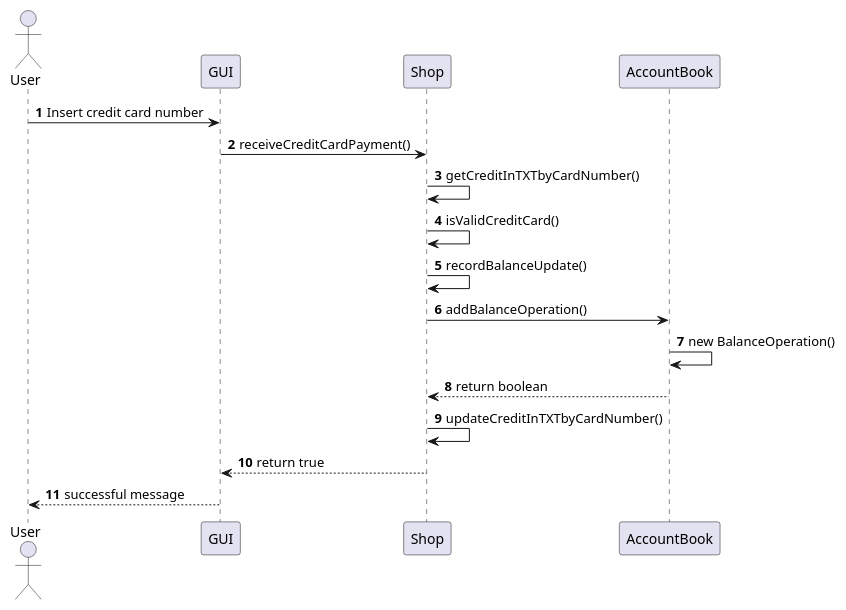
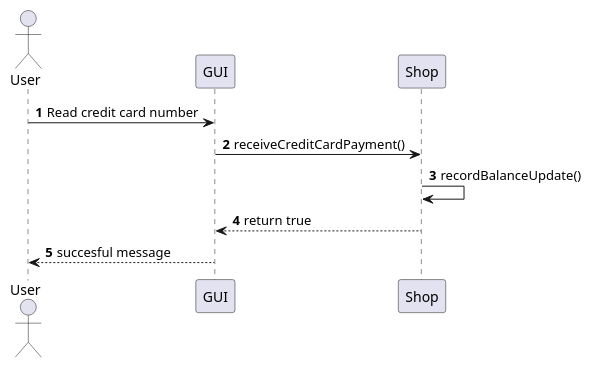
Before and after one commit to Stormz4/group20-EzShop: diagram 18 of 23 in Deliverables/DesignDocument.md, drawn with PlantUML. The commit also changed other lines of this file, not shown here.

````diff
--- a/Deliverables/DesignDocument.md
+++ b/Deliverables/DesignDocument.md
@@ -690,17 +615,11 @@
 ```plantuml
 @startuml
 Actor User
 autonumber
-User -> GUI: Insert credit card number
+User -> GUI: Read credit card number
 GUI -> Shop: receiveCreditCardPayment()
-Shop -> Shop: getCreditInTXTbyCardNumber()
-Shop -> Shop: isValidCreditCard()
 Shop -> Shop: recordBalanceUpdate()
-Shop -> AccountBook: addBalanceOperation()
-AccountBook -> AccountBook: new BalanceOperation()
-AccountBook --> Shop: return boolean
-Shop -> Shop: updateCreditInTXTbyCardNumber()
 Shop --> GUI: return true
-GUI --> User: successful message
+GUI --> User: succesful message
 @enduml
 ```
````
